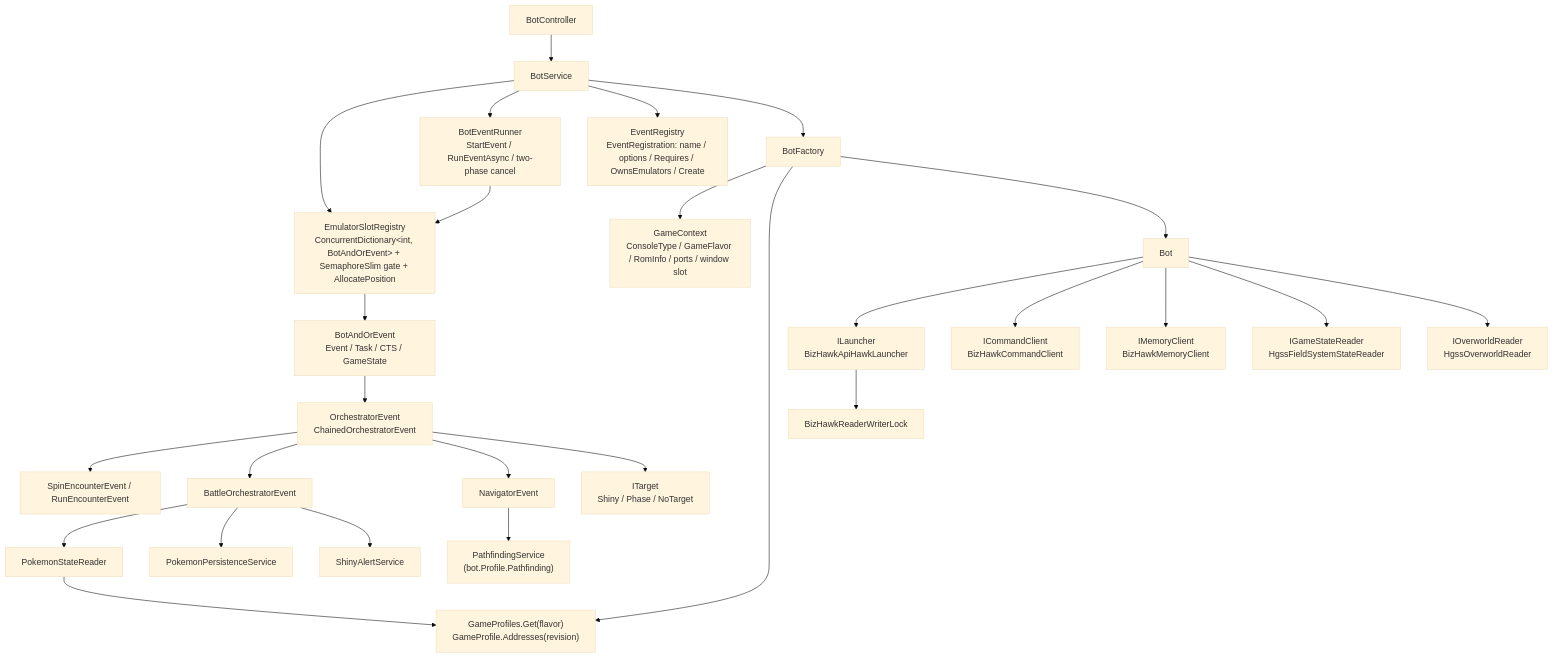
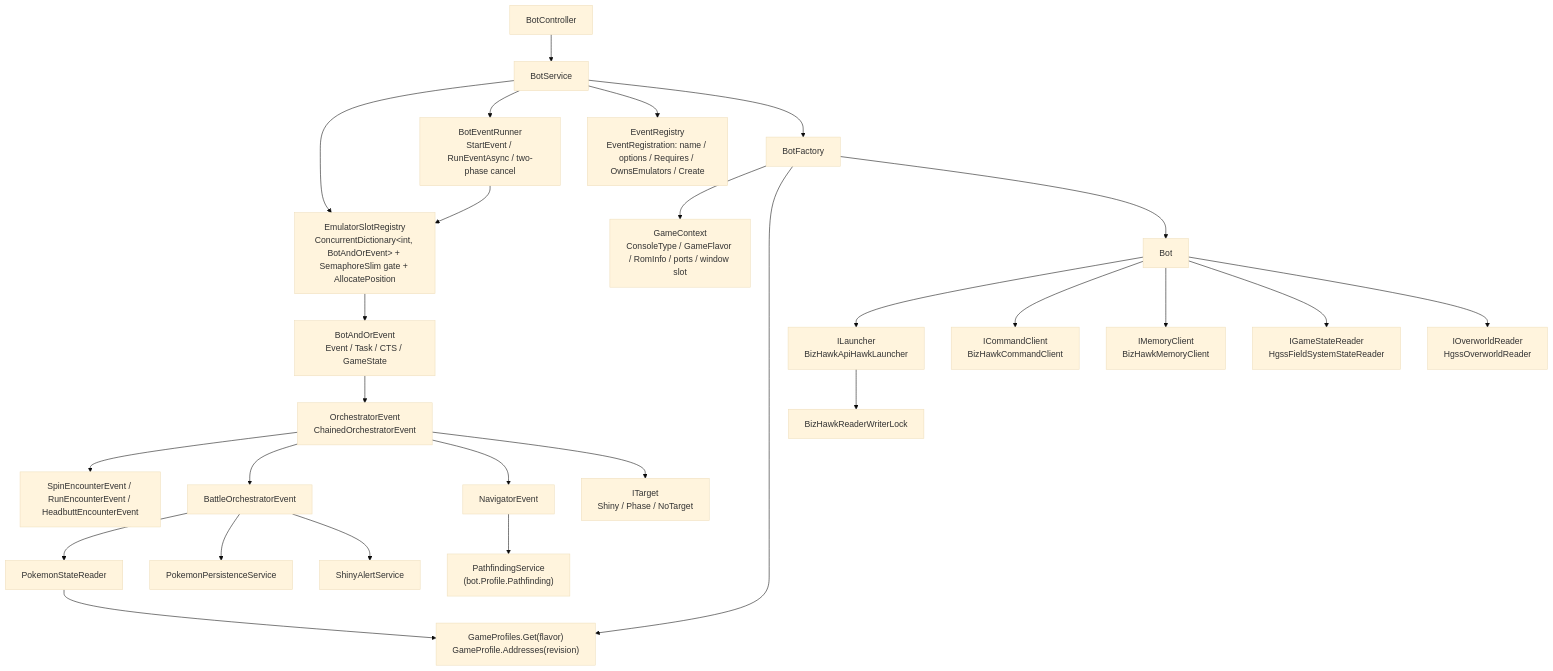
Before and after one commit to ppicinic/ShinyBotHunter: the second of 2 diagrams in docs/architecture/system-overview.md, drawn with Mermaid (base theme). The commit also changed other lines of this file, not shown here.

Commit message:
#229 step 1: system overview names HeadbuttEncounterEvent and DisabledChoices

````diff
--- a/docs/architecture/system-overview.md
+++ b/docs/architecture/system-overview.md
@@ -123,27 +123,27 @@
 ```mermaid
 flowchart TD
   BC[BotController] --> BS[BotService]
   BS --> REG["EmulatorSlotRegistry<br/>ConcurrentDictionary&lt;int, BotAndOrEvent&gt; + SemaphoreSlim gate + AllocatePosition"]
   BS --> RUN["BotEventRunner<br/>StartEvent / RunEventAsync / two-phase cancel"]
   RUN --> REG
   BS --> ER["EventRegistry<br/>EventRegistration: name / options / Requires / OwnsEmulators / Create"]
   BS --> BF[BotFactory]
   BF --> GC["GameContext<br/>ConsoleType / GameFlavor / RomInfo / ports / window slot"]
   BF --> GP["GameProfiles.Get(flavor)<br/>GameProfile.Addresses(revision)"]
   BF --> Bot
   Bot --> L["ILauncher<br/>BizHawkApiHawkLauncher"]
   Bot --> CC["ICommandClient<br/>BizHawkCommandClient"]
   Bot --> MC["IMemoryClient<br/>BizHawkMemoryClient"]
   Bot --> SR["IGameStateReader<br/>HgssFieldSystemStateReader"]
   Bot --> OR["IOverworldReader<br/>HgssOverworldReader"]
   L --> RWL[BizHawkReaderWriterLock]
   REG --> BAE["BotAndOrEvent<br/>Event / Task / CTS / GameState"]
   BAE --> OE["OrchestratorEvent<br/>ChainedOrchestratorEvent"]
-  OE --> ENC["SpinEncounterEvent / RunEncounterEvent"]
+  OE --> ENC["SpinEncounterEvent / RunEncounterEvent / HeadbuttEncounterEvent"]
   OE --> BOE[BattleOrchestratorEvent]
   OE --> NAV[NavigatorEvent] --> PF["PathfindingService<br/>(bot.Profile.Pathfinding)"]
   BOE --> PSR[PokemonStateReader] --> GP
   BOE --> PP[PokemonPersistenceService]
   BOE --> SA[ShinyAlertService]
   OE --> T["ITarget<br/>Shiny / Phase / NoTarget"]
 ```
````
